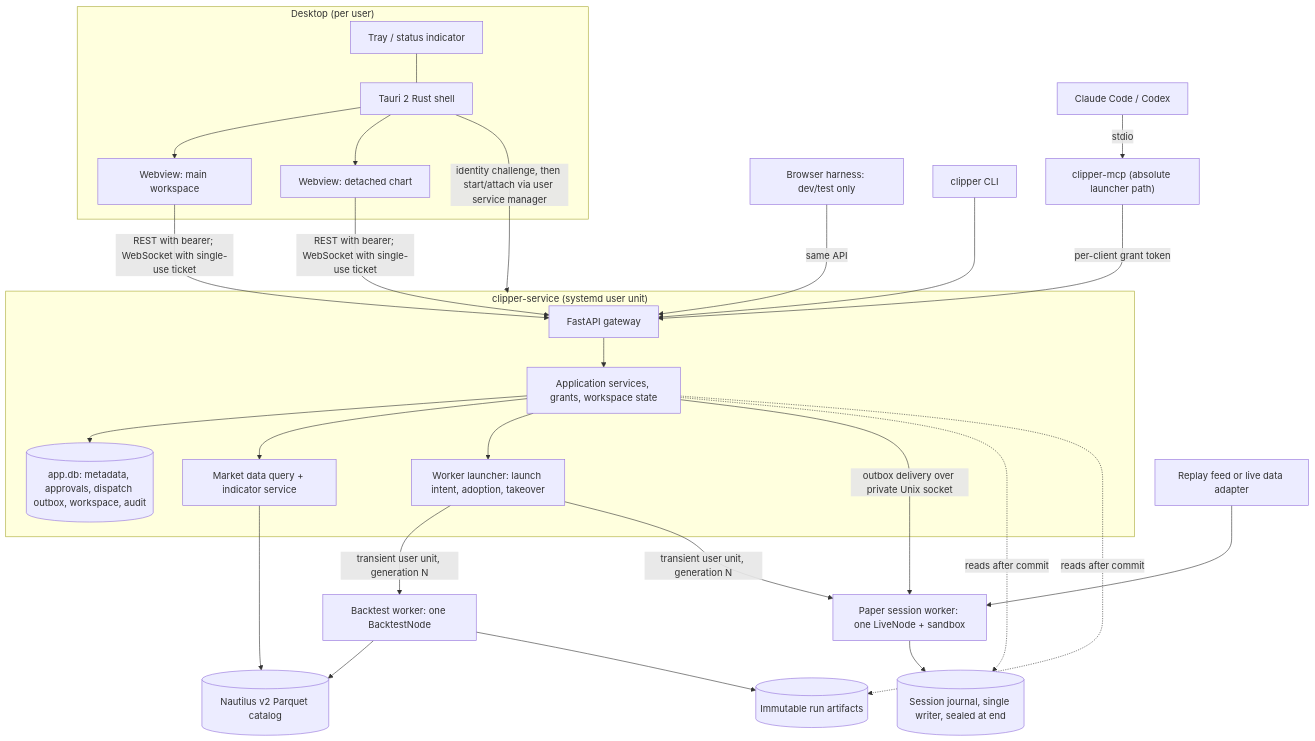
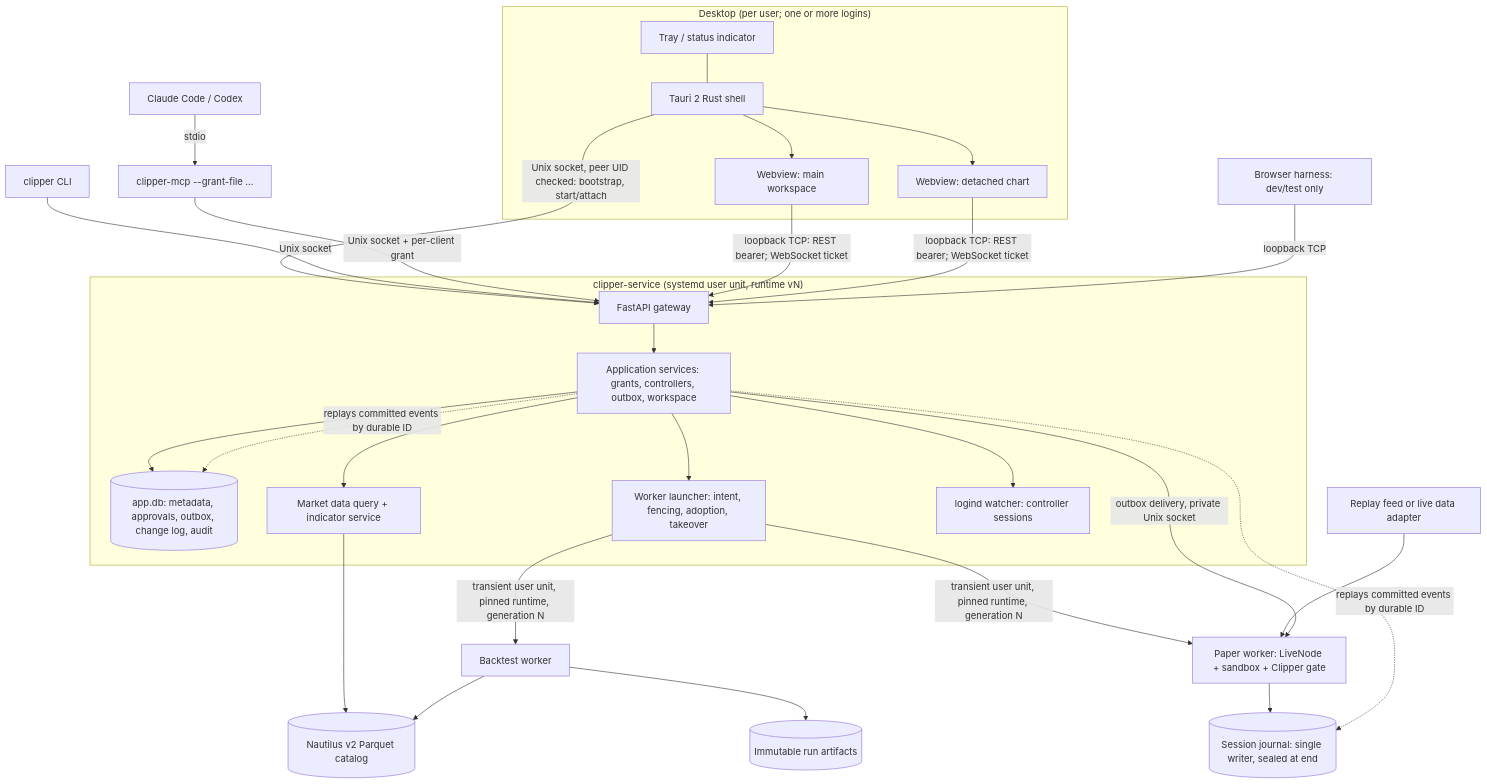
One commit to njdaniel/clipper-terminal changed the first of 3 diagrams in docs/architecture/overview.md. Above: the diagram before and after it, drawn with Mermaid. The commit also changed other lines of this file and 5 other files, not shown here.

````diff
--- a/docs/architecture/overview.md
+++ b/docs/architecture/overview.md
@@ -88,29 +101,30 @@
 ```mermaid
 flowchart TB
-  subgraph Desktop["Desktop (per user)"]
+  subgraph Desktop["Desktop (per user; one or more logins)"]
     SHELL[Tauri 2 Rust shell] --> W1[Webview: main workspace]
     SHELL --> W2[Webview: detached chart]
     TRAY[Tray / status indicator] --- SHELL
   end
-  SHELL -->|identity challenge, then start/attach via user service manager| SVC
-  W1 & W2 -->|REST with bearer; WebSocket with single-use ticket| API
-  DEV[Browser harness: dev/test only] -->|same API| API
-  AI[Claude Code / Codex] -->|stdio| MCP["clipper-mcp (absolute launcher path)"]
-  CLI[clipper CLI] --> API
-  MCP -->|per-client grant token| API
-  subgraph SVC["clipper-service (systemd user unit)"]
-    API[FastAPI gateway] --> APP[Application services, grants, workspace state]
-    APP --> DB[(app.db: metadata, approvals, dispatch outbox, workspace, audit)]
+  SHELL -->|Unix socket, peer UID checked: bootstrap, start/attach| API
+  CLI[clipper CLI] -->|Unix socket| API
+  AI[Claude Code / Codex] -->|stdio| MCP["clipper-mcp --grant-file …"]
+  MCP -->|Unix socket + per-client grant| API
+  W1 & W2 -->|loopback TCP: REST bearer; WebSocket ticket| API
+  DEV[Browser harness: dev/test only] -->|loopback TCP| API
+  subgraph SVC["clipper-service (systemd user unit, runtime vN)"]
+    API[FastAPI gateway] --> APP[Application services: grants, controllers, outbox, workspace]
+    APP --> DB[(app.db: metadata, approvals, outbox, change log, audit)]
     APP --> MD[Market data query + indicator service]
-    APP --> LAUNCH[Worker launcher: launch intent, adoption, takeover]
+    APP --> LAUNCH[Worker launcher: intent, fencing, adoption, takeover]
+    APP --> LOGIND[logind watcher: controller sessions]
   end
   MD --> CAT[(Nautilus v2 Parquet catalog)]
-  LAUNCH -->|transient user unit, generation N| BT[Backtest worker: one BacktestNode]
-  LAUNCH -->|transient user unit, generation N| PW[Paper session worker: one LiveNode + sandbox]
+  LAUNCH -->|transient user unit, pinned runtime, generation N| BT[Backtest worker]
+  LAUNCH -->|transient user unit, pinned runtime, generation N| PW[Paper worker: LiveNode + sandbox + Clipper gate]
   BT --> CAT
   BT --> ART[(Immutable run artifacts)]
-  PW --> JR[(Session journal, single writer, sealed at end)]
+  PW --> JR[(Session journal: single writer, sealed at end)]
   FEED[Replay feed or live data adapter] --> PW
-  APP -->|outbox delivery over private Unix socket| PW
-  APP -. reads after commit .-> JR & ART
+  APP -->|outbox delivery, private Unix socket| PW
+  APP -. replays committed events by durable ID .-> JR & DB
 ```
````
